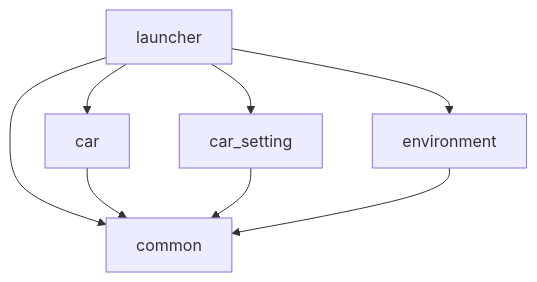
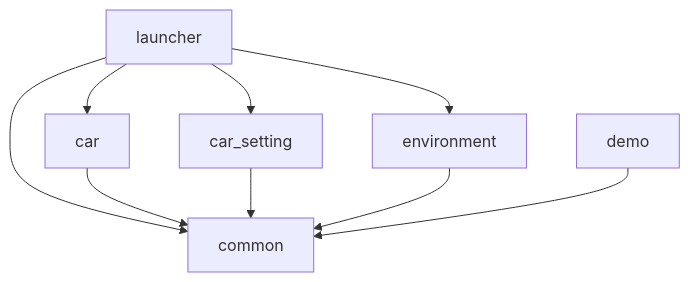
The diagram in docs/conventions.md (ganlong-2016/kanzi_project), drawn with Mermaid before and after one commit. The commit also changed other lines of this file, not shown here.

````diff
--- a/docs/conventions.md
+++ b/docs/conventions.md
@@ -28,10 +64,11 @@
 ```mermaid
 flowchart TB
     launcher --> common
     car --> common
     car_setting --> common
     environment --> common
+    demo --> common
     launcher --> car
     launcher --> car_setting
     launcher --> environment
 ```
````
